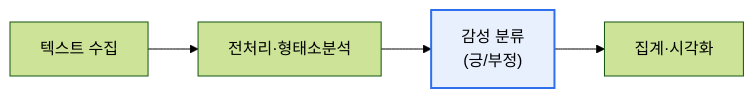
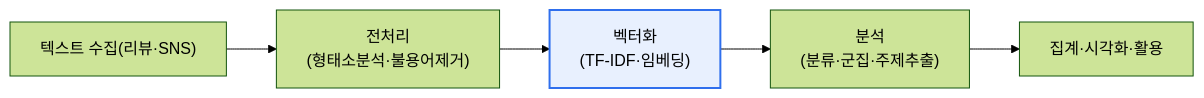
Before and after one commit to coninggu/wjdqhrhksflrltnftk: the second of 2 diagrams in content/text-opinion-mining.md, drawn with Mermaid (forest theme). The commit also changed other lines of this file and 3 other files, not shown here.

````diff
--- a/content/text-opinion-mining.md
+++ b/content/text-opinion-mining.md
@@ -41,5 +70,8 @@
 ```mermaid
 flowchart LR
-  A[텍스트 수집] --> B[전처리·형태소분석] --> C["감성 분류<br/>(긍/부정)"] --> E[집계·시각화]
+  A["텍스트 수집(리뷰·SNS)"] --> B["전처리<br/>(형태소분석·불용어제거)"]
+  B --> C["벡터화<br/>(TF-IDF·임베딩)"]
+  C --> D["분석<br/>(분류·군집·주제추출)"]
+  D --> E["집계·시각화·활용"]
   style C fill:#e8f0fe,stroke:#2f6fed,stroke-width:2px
 ```
````
